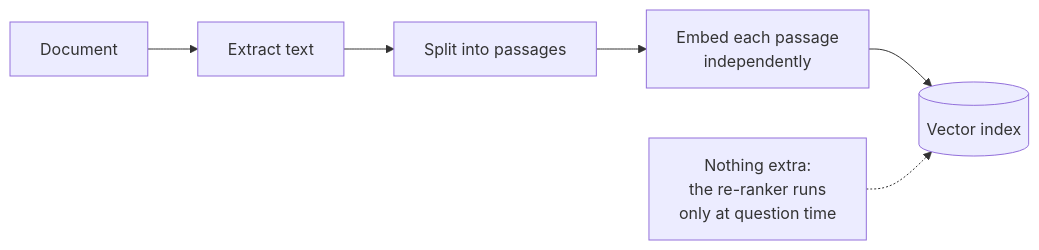
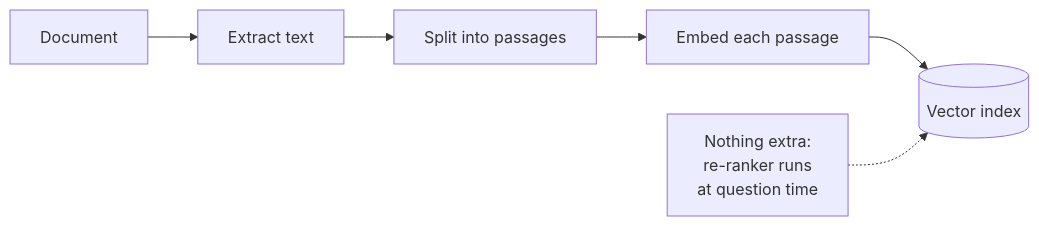
Before and after one commit to jjaaxx44/genai-personal-lab-rag: the first of 2 diagrams in app/demos/rag/rerank/README.md, drawn with Mermaid. The commit also changed other lines of this file and 32 other files, not shown here.

````diff
--- a/app/demos/rag/rerank/README.md
+++ b/app/demos/rag/rerank/README.md
@@ -17,8 +9,8 @@
 ```mermaid
 flowchart LR
   A["Document"] --> B["Extract text"]
   B --> C["Split into passages"]
-  C --> D["Embed each passage<br/>independently"]
+  C --> D["Embed each passage"]
   D --> E[("Vector index")]
-  N["Nothing extra:<br/>the re-ranker runs<br/>only at question time"] -.-> E
+  N["Nothing extra:<br/>re-ranker runs<br/>at question time"] -.-> E
 ```
````
